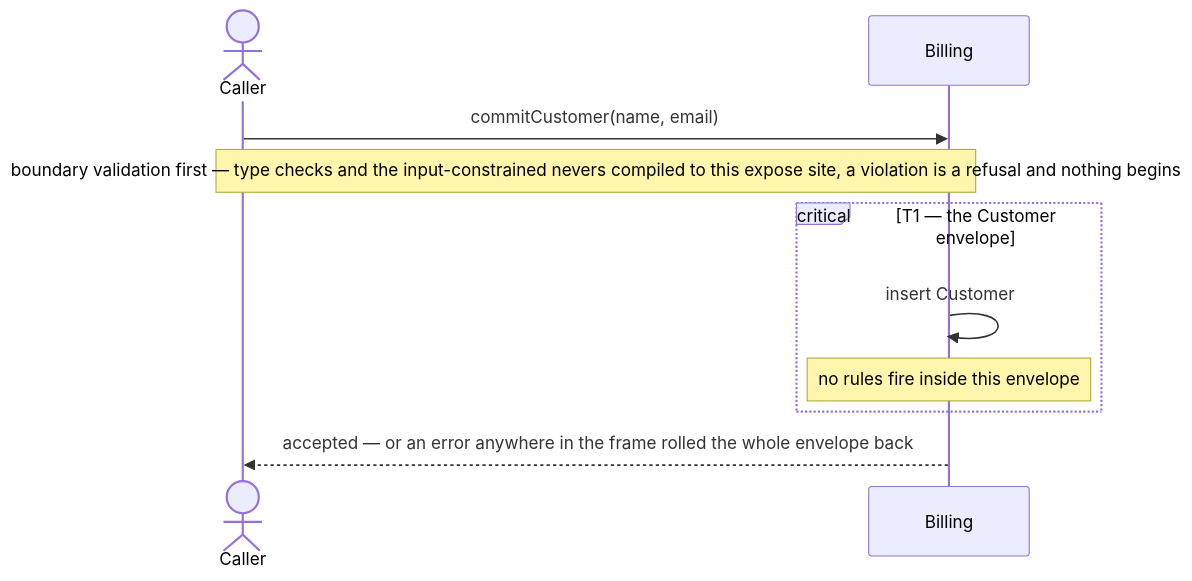
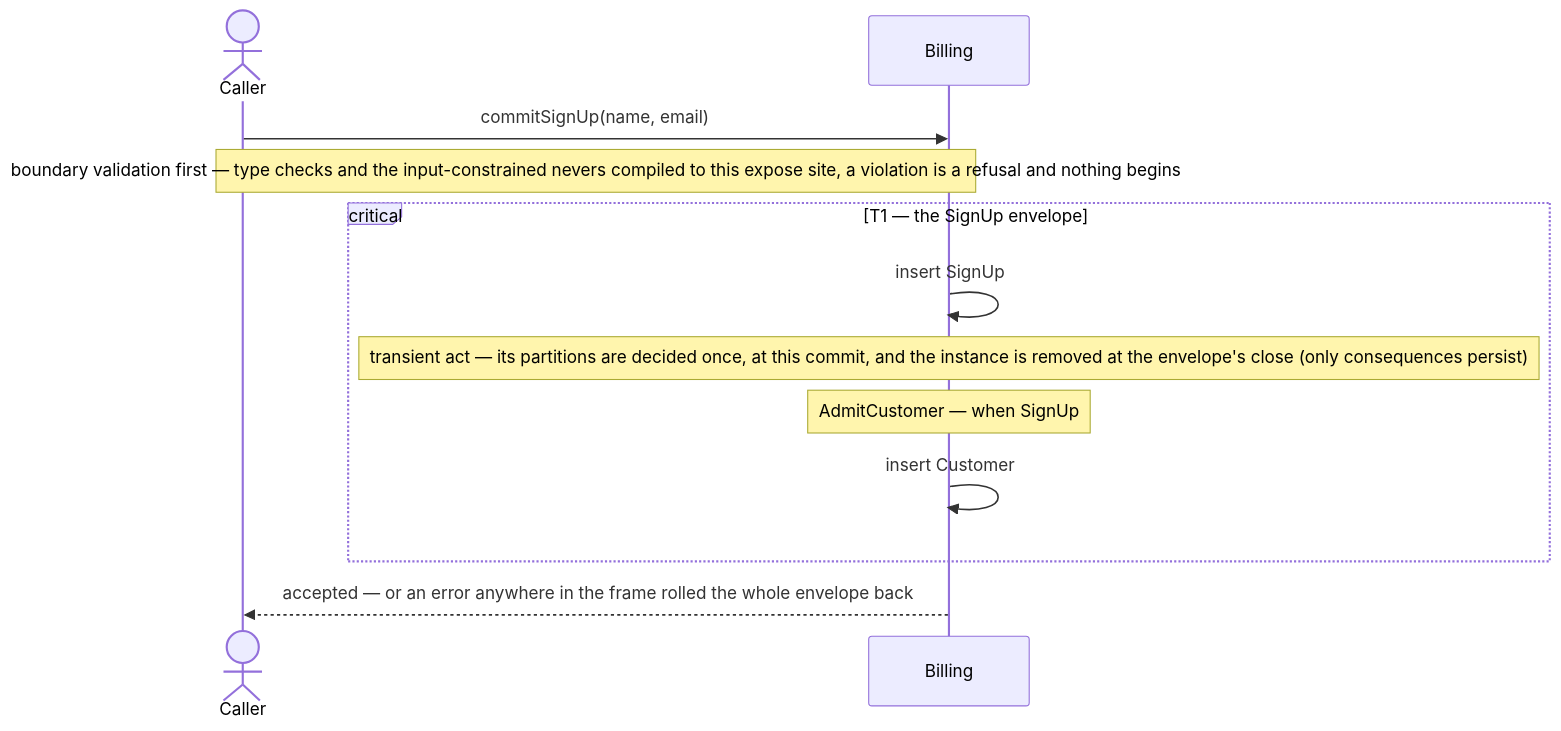
One commit to daveclay/velle changed the eighth of 16 diagrams in examples/billing/output/DIAGRAMS-Billing.md. Above: the diagram before and after it, drawn with Mermaid. The commit also changed other lines of this file and 106 other files, not shown here.

````diff
--- a/examples/billing/output/DIAGRAMS-Billing.md
+++ b/examples/billing/output/DIAGRAMS-Billing.md
@@ -286,12 +301,14 @@
 ```mermaid
 sequenceDiagram
     actor Caller
     participant S as Billing
-    Caller->>S: commitCustomer(name, email)
+    Caller->>S: commitSignUp(name, email)
     Note over Caller,S: boundary validation first — type checks and the input-constrained nevers compiled to this expose site, a violation is a refusal and nothing begins
-    critical T1 — the Customer envelope
+    critical T1 — the SignUp envelope
+        S->>S: insert SignUp
+        Note over S: transient act — its partitions are decided once, at this commit, and the instance is removed at the envelope's close (only consequences persist)
+        Note over S: AdmitCustomer — when SignUp
         S->>S: insert Customer
-        Note over S: no rules fire inside this envelope
     end
     S-->>Caller: accepted — or an error anywhere in the frame rolled the whole envelope back
 ```
````
